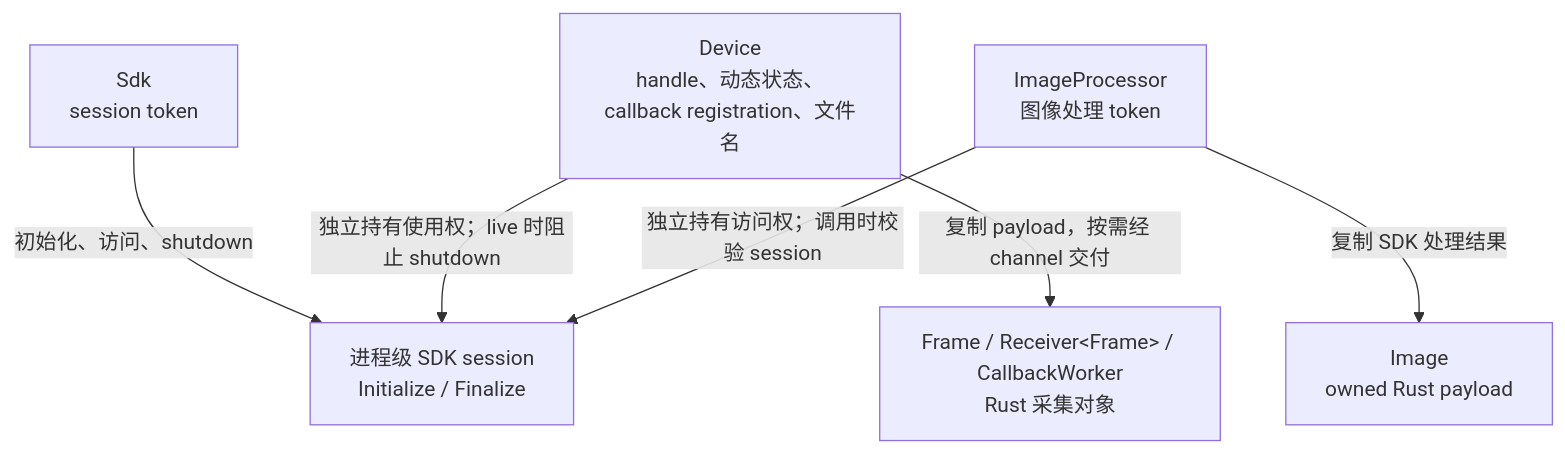
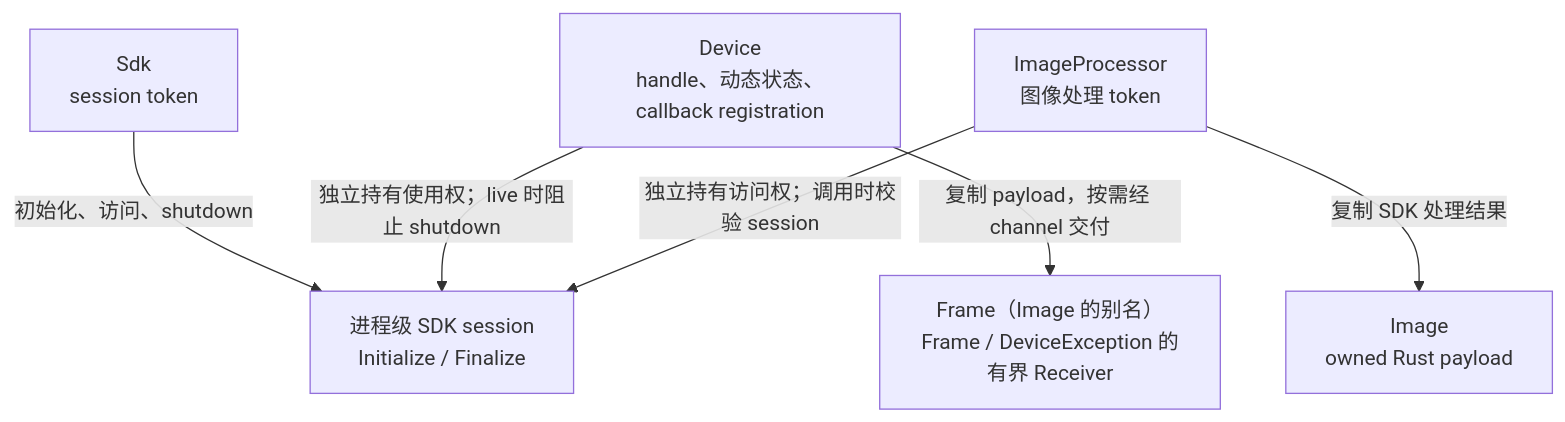
The first of 3 diagrams in 生命周期与时序图.md (JSB-Unscarred/3dmvs-sdk-rs), drawn with Mermaid before and after one commit. The commit also changed other lines of this file and 49 other files, not shown here.

````diff
--- a/生命周期与时序图.md
+++ b/生命周期与时序图.md
@@ -5,15 +5,15 @@
 ```mermaid
 flowchart TD
     Session["进程级 SDK session<br/>Initialize / Finalize"]
     SDK["Sdk<br/>session token"]
-    Device["Device<br/>handle、动态状态、callback registration、文件名"]
+    Device["Device<br/>handle、动态状态、callback registration"]
     Processor["ImageProcessor<br/>图像处理 token"]
-    Acquisition["Frame / Receiver&lt;Frame&gt; / CallbackWorker<br/>Rust 采集对象"]
+    Acquisition["Frame（Image 的别名）<br/>Frame / DeviceException 的有界 Receiver"]
     Processed["Image<br/>owned Rust payload"]
 
     SDK -->|初始化、访问、shutdown| Session
     Device -->|独立持有使用权；live 时阻止 shutdown| Session
     Processor -->|独立持有访问权；调用时校验 session| Session
     Device -->|复制 payload，按需经 channel 交付| Acquisition
     Processor -->|复制 SDK 处理结果| Processed
 ```
````
